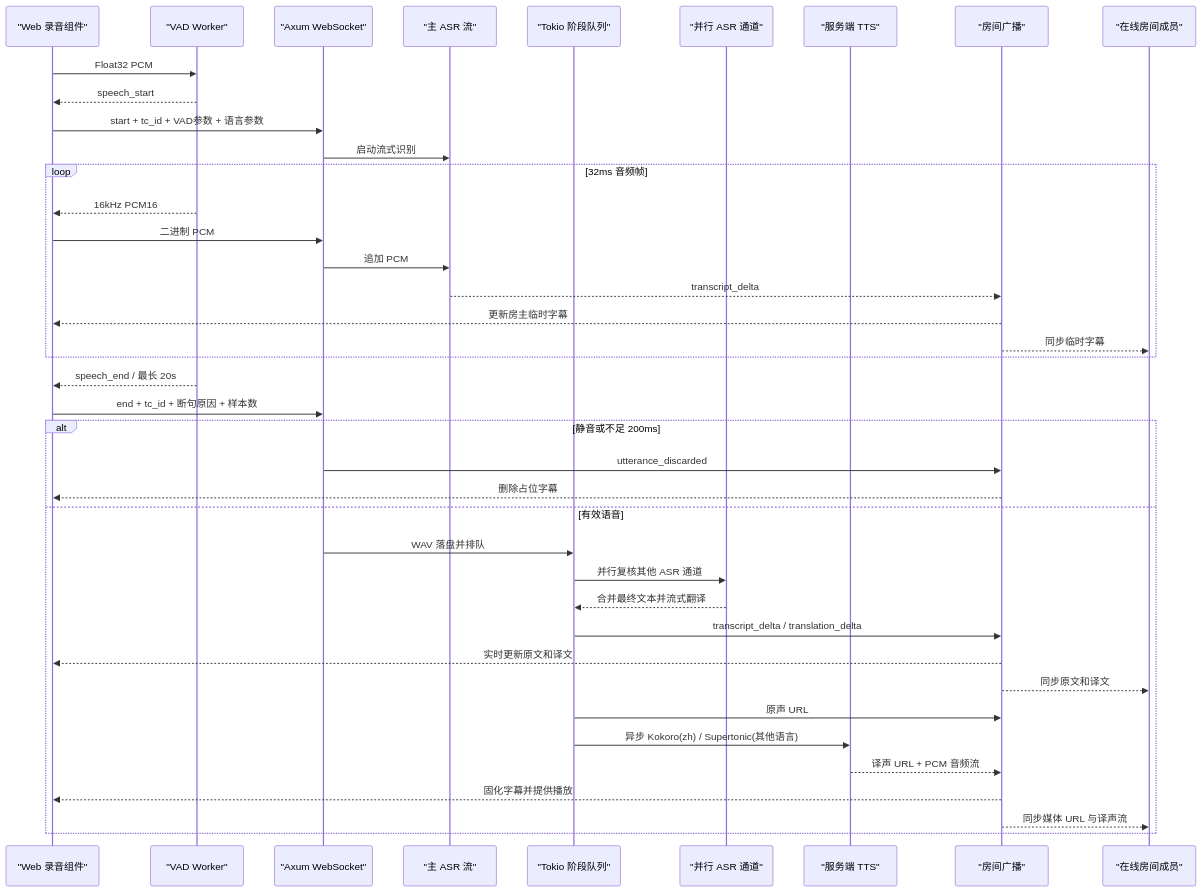
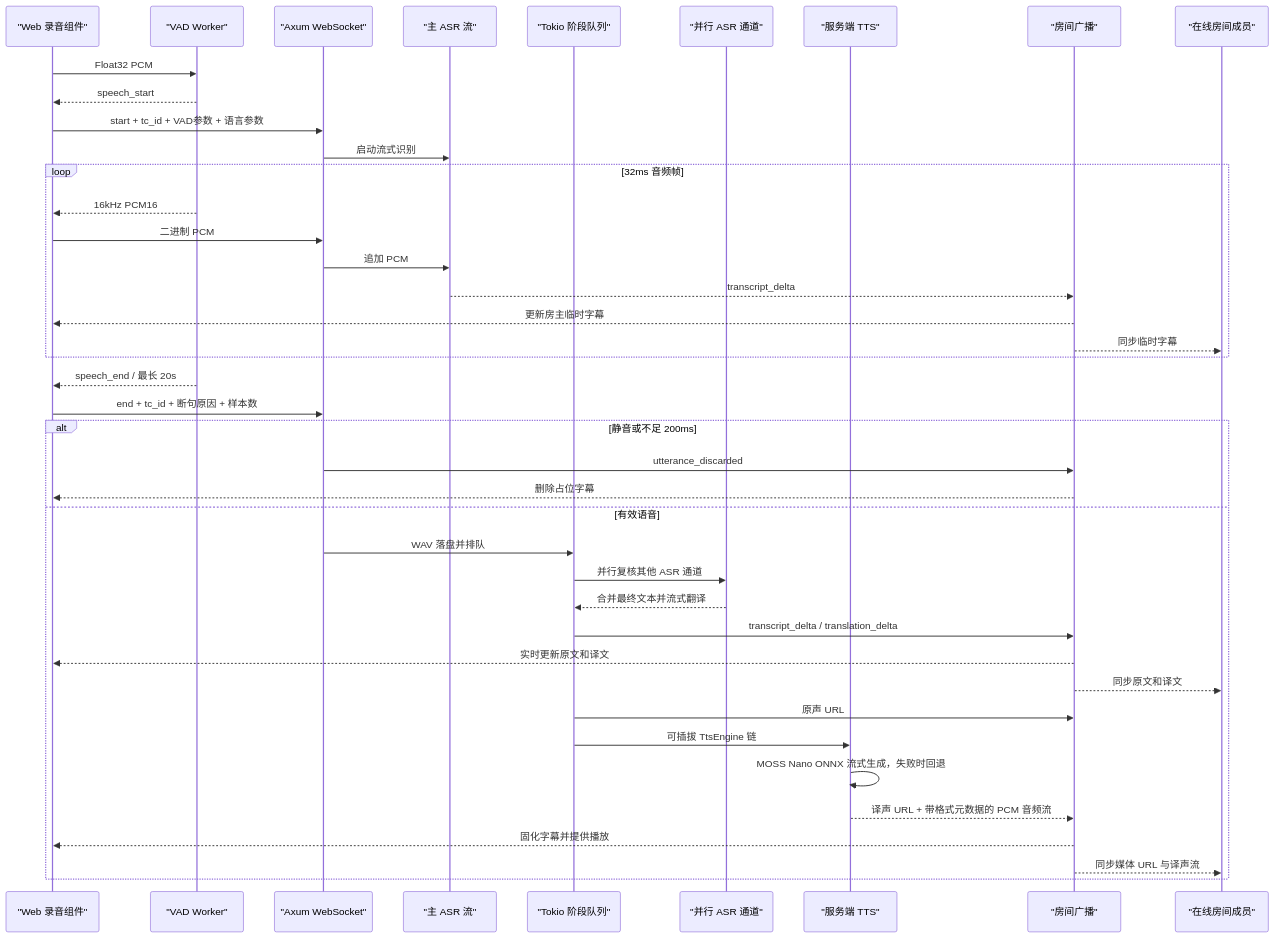
One commit to skeyboy/voice-elf changed the diagram in docs/browser-vad-architecture.md. Above: the diagram before and after it, drawn with Mermaid. The commit also changed other lines of this file and 64 other files, not shown here.

````diff
--- a/docs/browser-vad-architecture.md
+++ b/docs/browser-vad-architecture.md
@@ -5,43 +5,44 @@
 ```mermaid
 sequenceDiagram
     participant Web as "Web 录音组件"
     participant VAD as "VAD Worker"
     participant GW as "Axum WebSocket"
     participant Live as "主 ASR 流"
     participant Queue as "Tokio 阶段队列"
     participant ASR as "并行 ASR 通道"
     participant TTS as "服务端 TTS"
     participant Push as "房间广播"
     participant Members as "在线房间成员"
 
     Web->>VAD: Float32 PCM
     VAD-->>Web: speech_start
     Web->>GW: start + tc_id + VAD参数 + 语言参数
     GW->>Live: 启动流式识别
     loop 32ms 音频帧
         VAD-->>Web: 16kHz PCM16
         Web->>GW: 二进制 PCM
         GW->>Live: 追加 PCM
         Live-->>Push: transcript_delta
         Push-->>Web: 更新房主临时字幕
         Push-->>Members: 同步临时字幕
     end
     VAD-->>Web: speech_end / 最长 20s
     Web->>GW: end + tc_id + 断句原因 + 样本数
     alt 静音或不足 200ms
         GW->>Push: utterance_discarded
         Push-->>Web: 删除占位字幕
     else 有效语音
         GW->>Queue: WAV 落盘并排队
         Queue->>ASR: 并行复核其他 ASR 通道
         ASR-->>Queue: 合并最终文本并流式翻译
         Queue->>Push: transcript_delta / translation_delta
         Push-->>Web: 实时更新原文和译文
         Push-->>Members: 同步原文和译文
         Queue->>Push: 原声 URL
-        Queue->>TTS: 异步 Kokoro(zh) / Supertonic(其他语言)
-        TTS-->>Push: 译声 URL + PCM 音频流
+        Queue->>TTS: 可插拔 TtsEngine 链
+        TTS->>TTS: MOSS Nano ONNX 流式生成，失败时回退
+        TTS-->>Push: 译声 URL + 带格式元数据的 PCM 音频流
         Push-->>Web: 固化字幕并提供播放
         Push-->>Members: 同步媒体 URL 与译声流
     end
 ```
````
